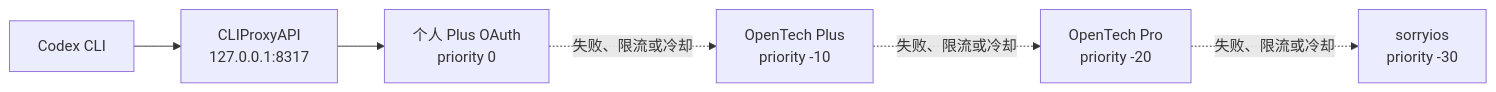
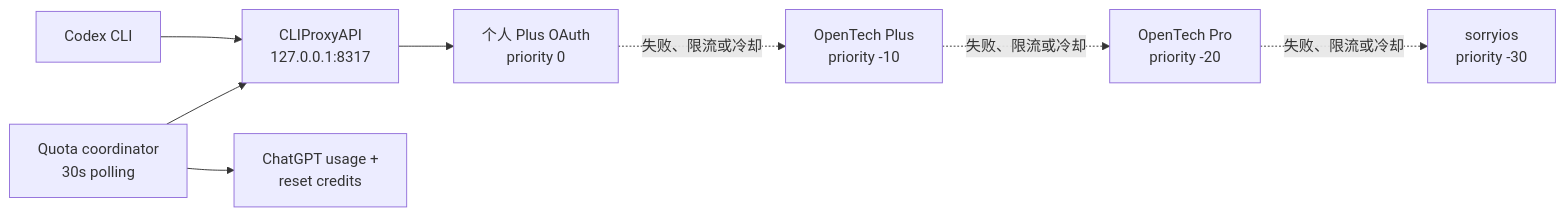
One commit to szddddddd/cliproxyapi-codex-plus-first-guide changed the diagram in README.md. Above: the diagram before and after it, drawn with Mermaid. The commit also changed other lines of this file and 1 other file, not shown here.

Commit message:
feat: recover Plus routing and coordinate reset credits

````diff
--- a/README.md
+++ b/README.md
@@ -22,8 +22,10 @@
 ```mermaid
 flowchart LR
     A["Codex CLI"] --> B["CLIProxyAPI\n127.0.0.1:8317"]
+    G["Quota coordinator\n30s polling"] --> B
+    G --> H["ChatGPT usage +\nreset credits"]
     B --> C["个人 Plus OAuth\npriority 0"]
     C -. "失败、限流或冷却" .-> D["OpenTech Plus\npriority -10"]
     D -. "失败、限流或冷却" .-> E["OpenTech Pro\npriority -20"]
     E -. "失败、限流或冷却" .-> F["sorryios\npriority -30"]
 ```
````
